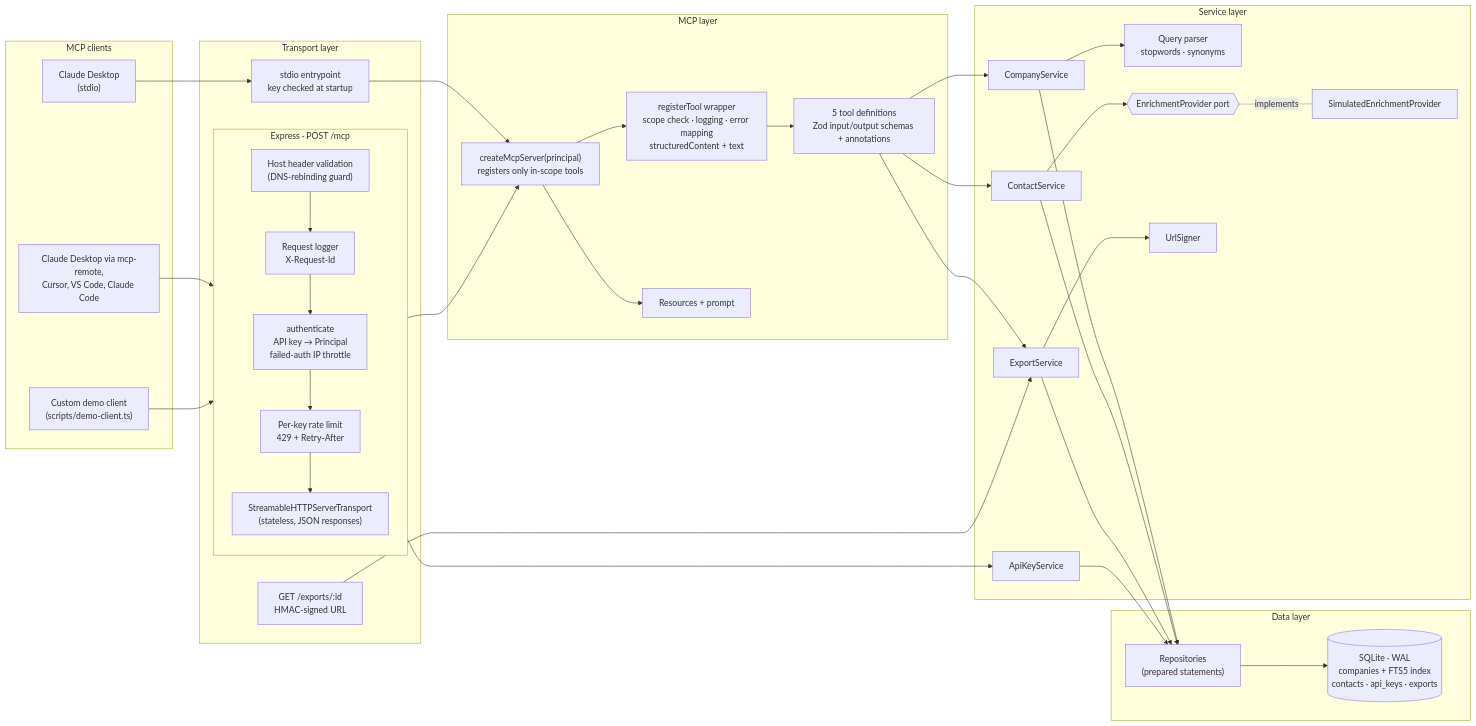
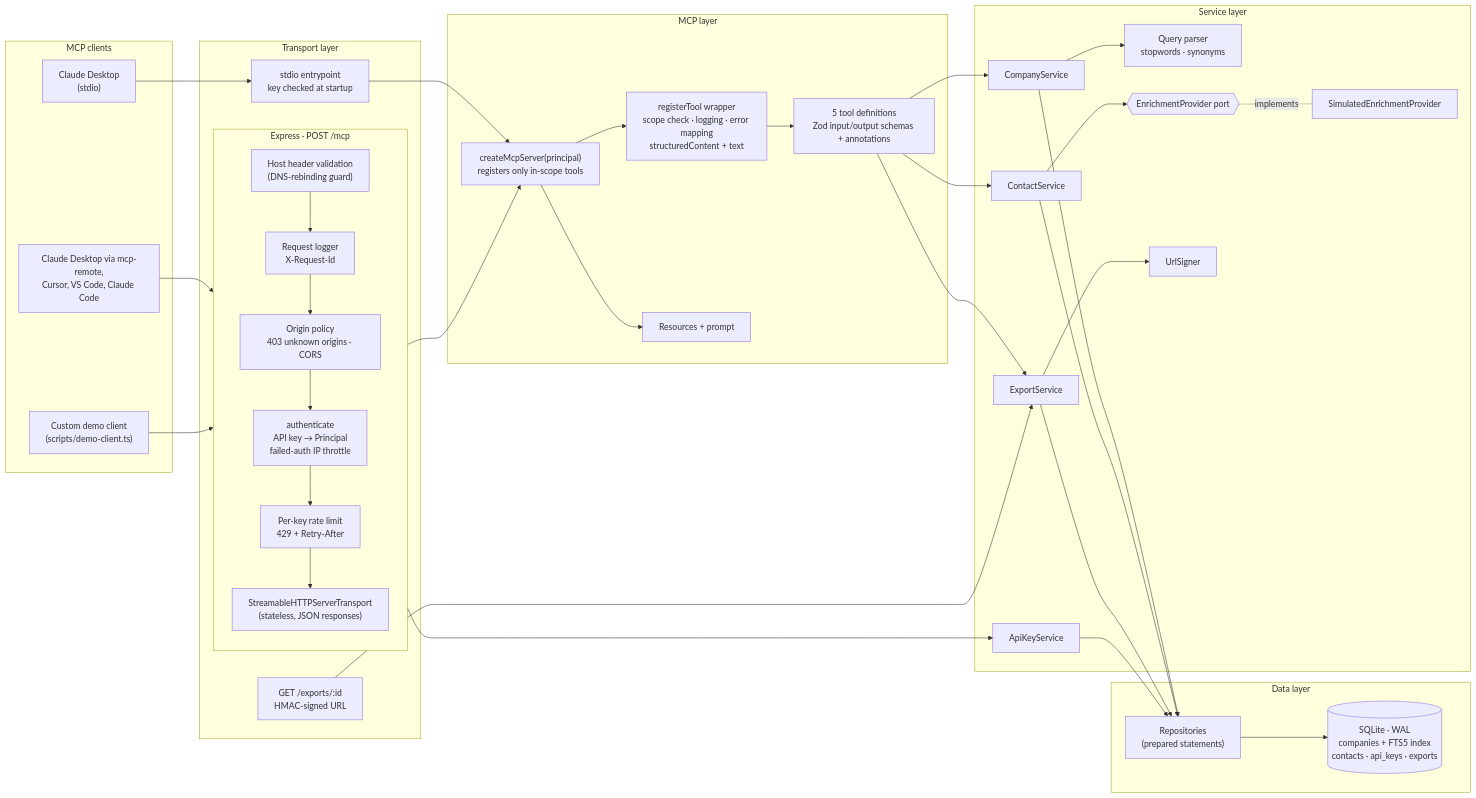
Before and after one commit to siddhant1/account-intelligence-mcp: the first of 3 diagrams in docs/ARCHITECTURE.md, drawn with Mermaid. The commit also changed other lines of this file and 58 other files, not shown here.

````diff
--- a/docs/ARCHITECTURE.md
+++ b/docs/ARCHITECTURE.md
@@ -10,59 +10,60 @@
 ```mermaid
 flowchart LR
   subgraph Clients["MCP clients"]
     CD["Claude Desktop<br/>(stdio)"]
     CR["Claude Desktop via mcp-remote,<br/>Cursor, VS Code, Claude Code"]
     DC["Custom demo client<br/>(scripts/demo-client.ts)"]
   end
 
   subgraph Transport["Transport layer"]
     STDIO["stdio entrypoint<br/>key checked at startup"]
     subgraph HTTP["Express · POST /mcp"]
       direction TB
       HV["Host header validation<br/>(DNS-rebinding guard)"] --> RL["Request logger<br/>X-Request-Id"]
-      RL --> AU["authenticate<br/>API key → Principal<br/>failed-auth IP throttle"]
+      RL --> OP["Origin policy<br/>403 unknown origins · CORS"]
+      OP --> AU["authenticate<br/>API key → Principal<br/>failed-auth IP throttle"]
       AU --> RT["Per-key rate limit<br/>429 + Retry-After"]
       RT --> SH["StreamableHTTPServerTransport<br/>(stateless, JSON responses)"]
     end
     DL["GET /exports/:id<br/>HMAC-signed URL"]
   end
 
   subgraph MCP["MCP layer"]
     F["createMcpServer(principal)<br/>registers only in-scope tools"]
     W["registerTool wrapper<br/>scope check · logging · error mapping<br/>structuredContent + text"]
     T["5 tool definitions<br/>Zod input/output schemas + annotations"]
     RS["Resources + prompt"]
   end
 
   subgraph Domain["Service layer"]
     CS[CompanyService]
     KS[ContactService]
     ES[ExportService]
     AS[ApiKeyService]
     QP["Query parser<br/>stopwords · synonyms"]
     EP{{"EnrichmentProvider port"}}
     SP["SimulatedEnrichmentProvider"]
     US[UrlSigner]
   end
 
   subgraph Data["Data layer"]
     REPO["Repositories<br/>(prepared statements)"]
     DB[("SQLite · WAL<br/>companies + FTS5 index<br/>contacts · api_keys · exports")]
   end
 
   CD --> STDIO
   CR --> HV
   DC --> HV
   STDIO --> F
   SH --> F
   F --> W --> T
   F --> RS
   T --> CS & KS & ES
   AU --> AS
   DL --> ES
   CS --> QP
   KS --> EP
   EP -.implements.- SP
   ES --> US
   CS & KS & ES & AS --> REPO --> DB
 ```
````
